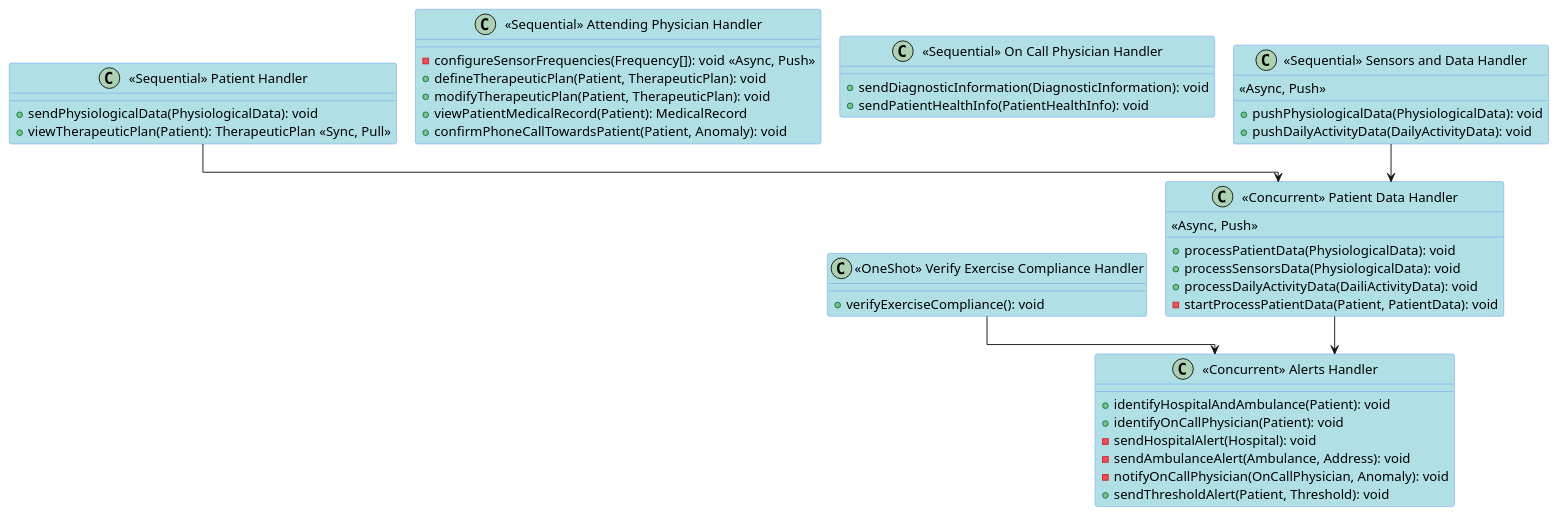
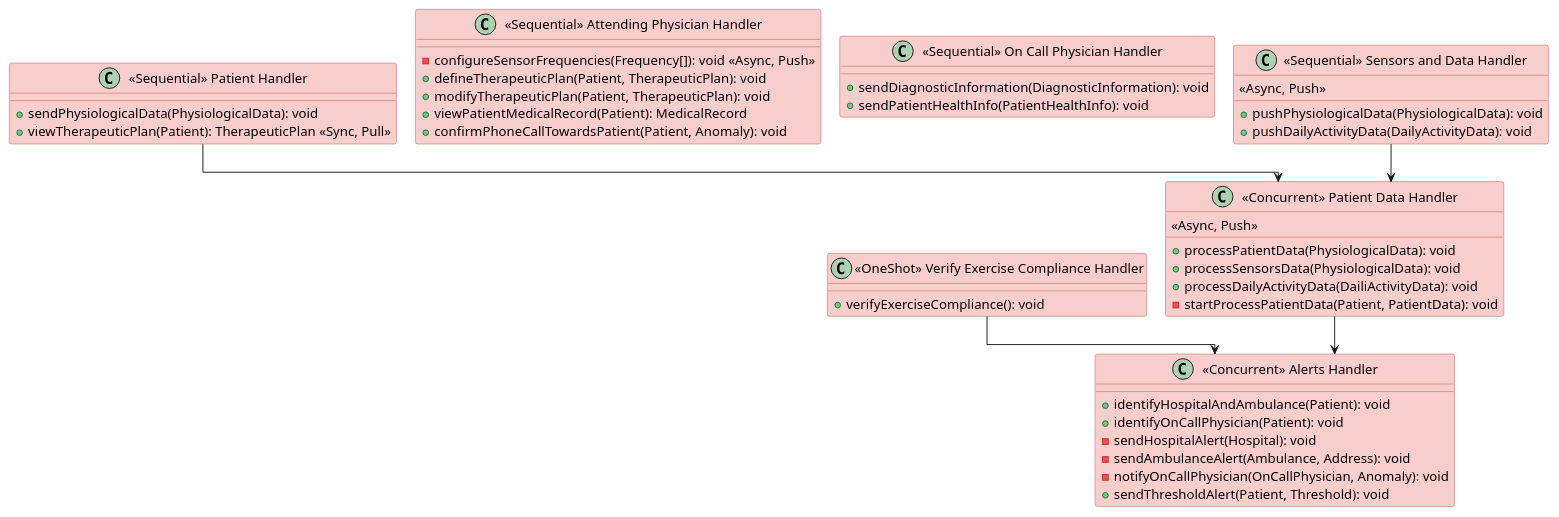
The diagram in diagrams/concrete_diagram.plantuml (koalas11/Software-Architecture-Project), drawn with PlantUML before and after one commit. The commit also changed 1 other file, not shown here.

```diff
--- a/diagrams/concrete_diagram.plantuml
+++ b/diagrams/concrete_diagram.plantuml
@@ -1,60 +1,60 @@
 @startuml concrete_diagram
 
 !pragma layout elk
 
-skinparam ClassBorderColor CornflowerBlue
-skinparam ClassBackgroundColor PowderBlue
+skinparam ClassBorderColor #B85450
+skinparam ClassBackgroundColor #F8CECC
 
 together {
   class "<<Sequential>> Sensors and Data Handler" as C1 {
     <<Async, Push>>
     + pushPhysiologicalData(PhysiologicalData): void
     + pushDailyActivityData(DailyActivityData): void
   }
 
   class "<<Concurrent>> Alerts Handler" as C2 {
     +identifyHospitalAndAmbulance(Patient): void
     +identifyOnCallPhysician(Patient): void
     -sendHospitalAlert(Hospital): void
     -sendAmbulanceAlert(Ambulance, Address): void
     -notifyOnCallPhysician(OnCallPhysician, Anomaly): void
     +sendThresholdAlert(Patient, Threshold): void
   }
 
   class "<<Sequential>> Patient Handler" as C3 {
     +sendPhysiologicalData(PhysiologicalData): void
     +viewTherapeuticPlan(Patient): TherapeuticPlan <<Sync, Pull>>
   }
 
   class "<<Concurrent>> Patient Data Handler" as C6 {
     <<Async, Push>>
     +processPatientData(PhysiologicalData): void
     +processSensorsData(PhysiologicalData): void
     +processDailyActivityData(DailiActivityData): void
     -startProcessPatientData(Patient, PatientData): void
   }
 
   class "<<OneShot>> Verify Exercise Compliance Handler" as C7 {
     +verifyExerciseCompliance(): void
   }
 }
 
 class "<<Sequential>> On Call Physician Handler" as C4 {
   +sendDiagnosticInformation(DiagnosticInformation): void
   +sendPatientHealthInfo(PatientHealthInfo): void
 }
 
 class "<<Sequential>> Attending Physician Handler" as C5 {
   -configureSensorFrequencies(Frequency[]): void <<Async, Push>>
   +defineTherapeuticPlan(Patient, TherapeuticPlan): void
   +modifyTherapeuticPlan(Patient, TherapeuticPlan): void
   +viewPatientMedicalRecord(Patient): MedicalRecord
   +confirmPhoneCallTowardsPatient(Patient, Anomaly): void
 }
 
 C1 -> C6
 C6 -> C2
 C3 -> C6
 C7 -> C2
 
 @enduml
```
